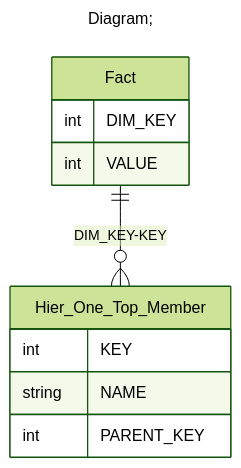
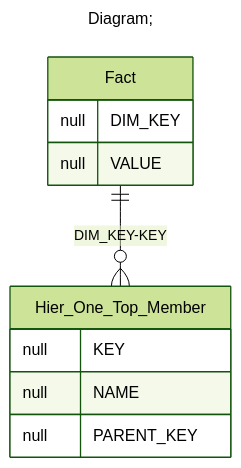
Before and after one commit to xmla-services/workground: the third of 3 diagrams in demo/server/catalogs/min_Level_parentColumn_parent_child_/README.MD, drawn with Mermaid (forest theme). The commit also changed other lines of this file and 39 other files, not shown here.

````diff
--- a/demo/server/catalogs/min_Level_parentColumn_parent_child_/README.MD
+++ b/demo/server/catalogs/min_Level_parentColumn_parent_child_/README.MD
@@ -87,17 +87,17 @@
 ```mermaid
 ---
 title: Diagram;
 ---
 erDiagram
 Fact{
-int DIM_KEY
-int VALUE
+null DIM_KEY
+null VALUE
 }
 Hier_One_Top_Member{
-int KEY
-string NAME
-int PARENT_KEY
+null KEY
+null NAME
+null PARENT_KEY
 }
 
 "Fact" ||--o{ "Hier_One_Top_Member" : "DIM_KEY-KEY"
 ```
````
